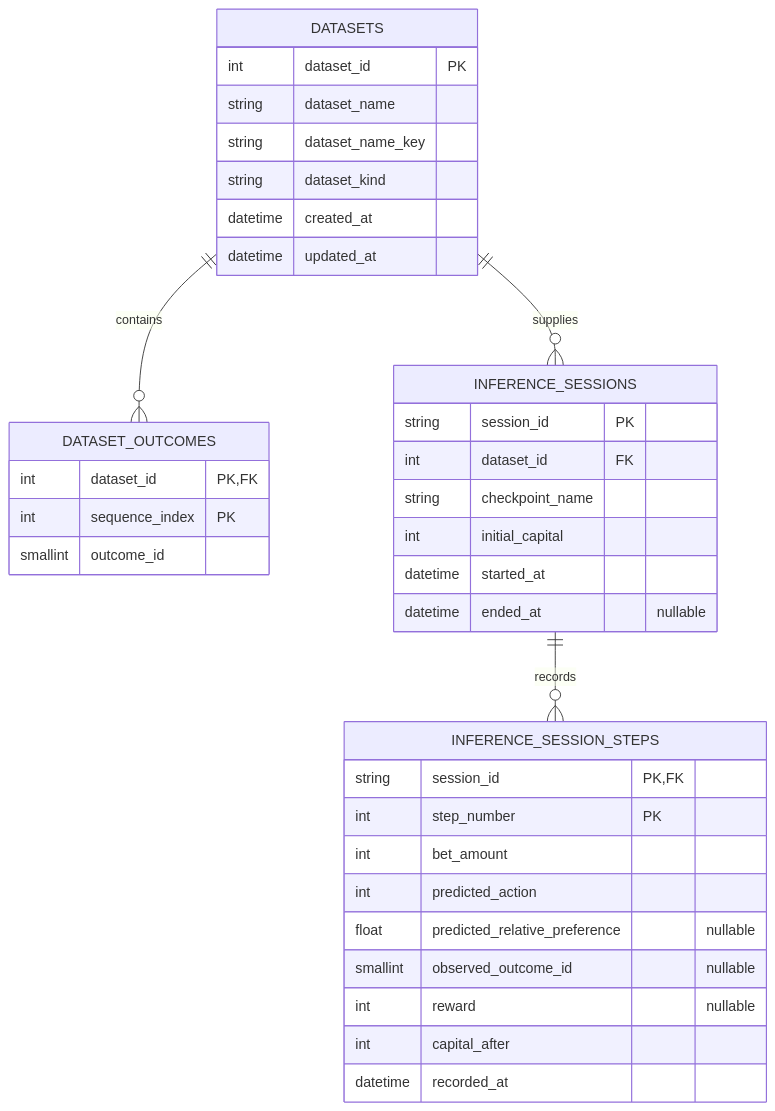
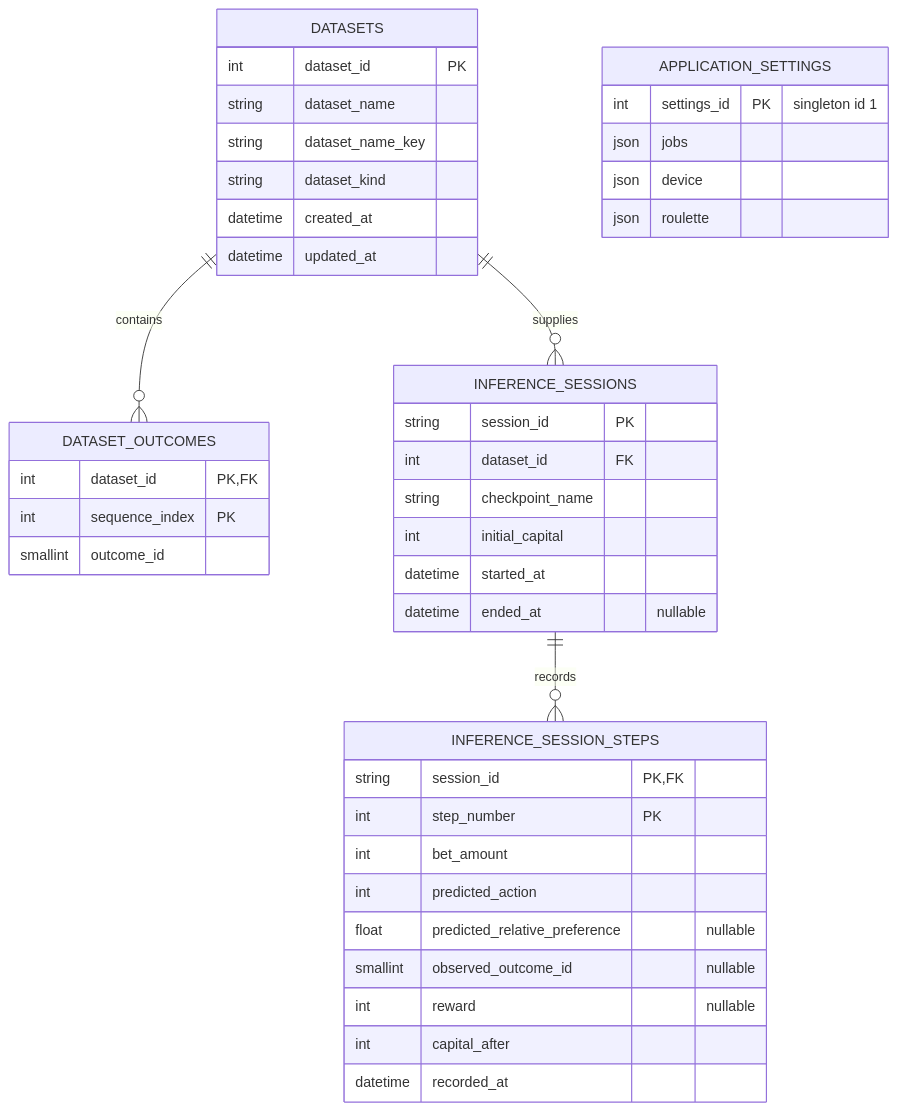
The diagram in assets/docs/architecture/persistence.md (CTCycle/FAIRS-Roulette-Player), drawn with Mermaid before and after one commit. The commit also changed other lines of this file and 58 other files, not shown here.

````diff
--- a/assets/docs/architecture/persistence.md
+++ b/assets/docs/architecture/persistence.md
@@ -14,42 +15,49 @@
 ```mermaid
 erDiagram
     DATASETS ||--o{ DATASET_OUTCOMES : contains
     DATASETS ||--o{ INFERENCE_SESSIONS : supplies
     INFERENCE_SESSIONS ||--o{ INFERENCE_SESSION_STEPS : records
 
     DATASETS {
         int dataset_id PK
         string dataset_name
         string dataset_name_key
         string dataset_kind
         datetime created_at
         datetime updated_at
     }
 
     DATASET_OUTCOMES {
         int dataset_id PK, FK
         int sequence_index PK
         smallint outcome_id
     }
 
     INFERENCE_SESSIONS {
         string session_id PK
         int dataset_id FK
         string checkpoint_name
         int initial_capital
         datetime started_at
         datetime ended_at "nullable"
     }
 
     INFERENCE_SESSION_STEPS {
         string session_id PK, FK
         int step_number PK
         int bet_amount
         int predicted_action
         float predicted_relative_preference "nullable"
         smallint observed_outcome_id "nullable"
         int reward "nullable"
         int capital_after
         datetime recorded_at
     }
+
+    APPLICATION_SETTINGS {
+        int settings_id PK "singleton id 1"
+        json jobs
+        json device
+        json roulette
+    }
 ```
````
